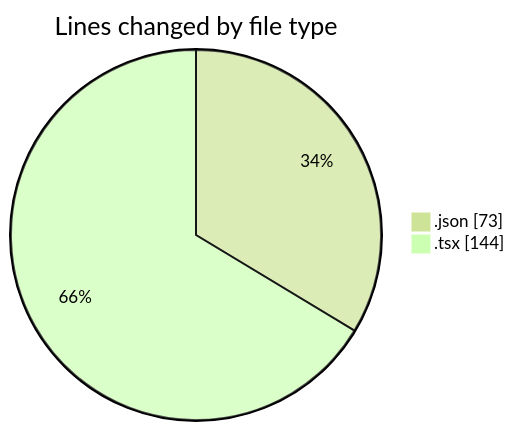
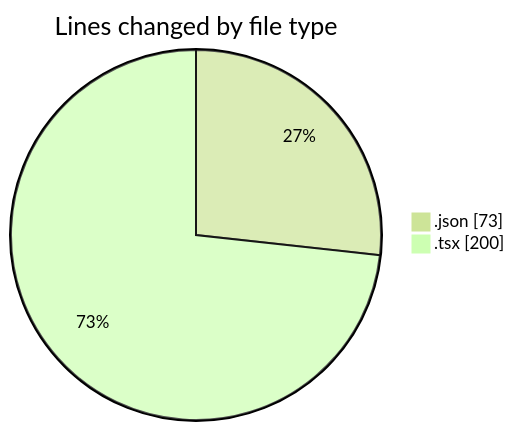
The first of 2 diagrams in 2025-05-09/un_laala/README.md (Elitesun/code-tracking), drawn with Mermaid (forest theme) before and after one commit. The commit also changed other lines of this file and 1 other file, not shown here.

````diff
--- a/2025-05-09/un_laala/README.md
+++ b/2025-05-09/un_laala/README.md
@@ -21,6 +21,6 @@
 ```mermaid
 pie showData
 title Lines changed by file type
 ".json" : 73
-".tsx" : 144
+".tsx" : 200
 ```
````
